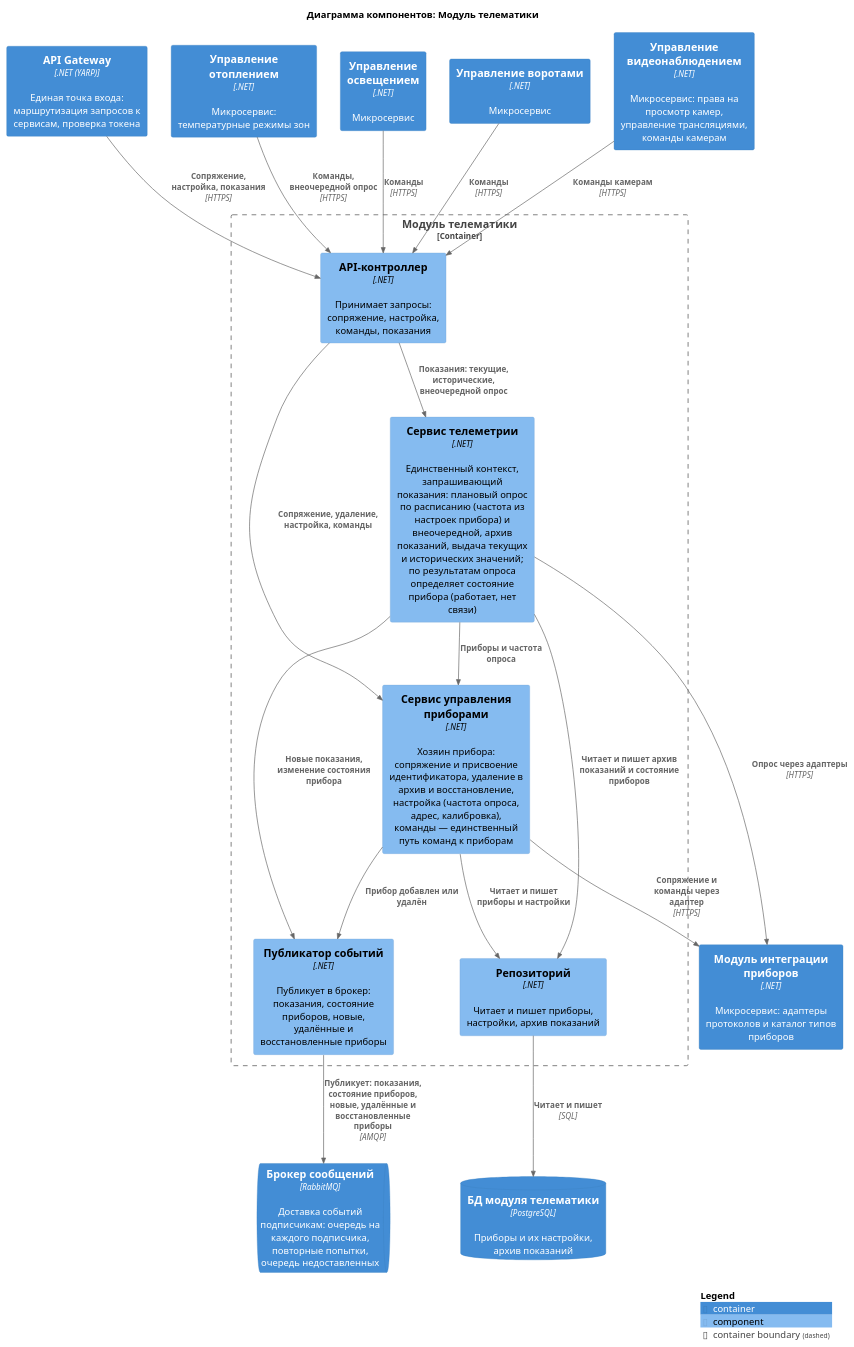
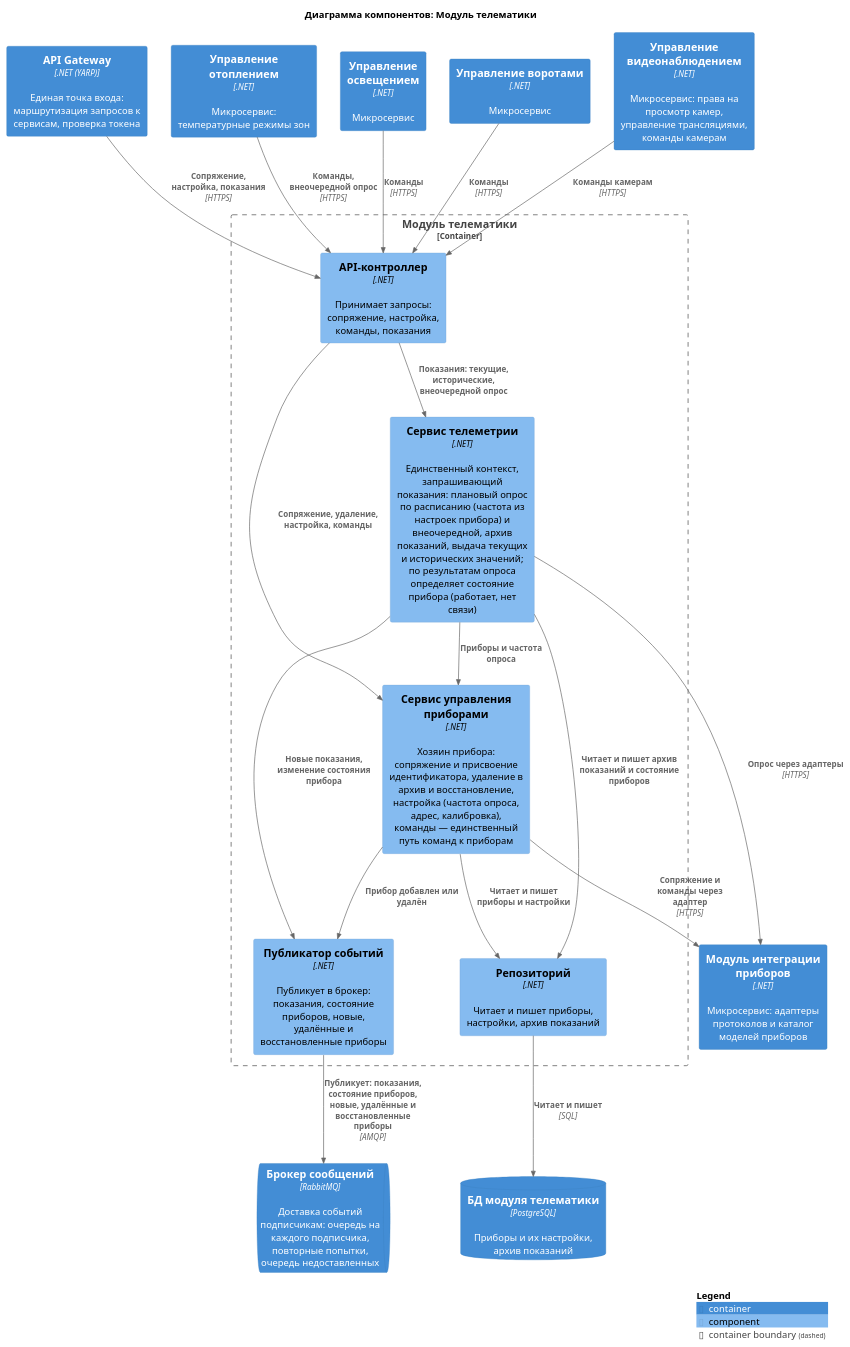
The diagram in diagrams/components/telematics.puml (Lyamin-av/architecture-warmhouse), drawn with PlantUML before and after one commit. The commit also changed 25 other files, not shown here.

First line of the commit message:
Переименование: «Тип прибора» → «Модель прибора» (каталог, ER, API); «контексты своего типа» → «своей категории»

```diff
--- a/diagrams/components/telematics.puml
+++ b/diagrams/components/telematics.puml
@@ -1,45 +1,45 @@
 @startuml telematics
 !include <C4/C4_Component>
 
 title Диаграмма компонентов: Модуль телематики
 
 Container(Gateway, "API Gateway", ".NET (YARP)", "Единая точка входа: маршрутизация запросов к сервисам, проверка токена")
 Container(Heating, "Управление отоплением", ".NET", "Микросервис: температурные режимы зон")
 Container(Lighting, "Управление освещением", ".NET", "Микросервис")
 Container(GateControl, "Управление воротами", ".NET", "Микросервис")
 Container(VideoControl, "Управление видеонаблюдением", ".NET", "Микросервис: права на просмотр камер, управление трансляциями, команды камерам")
-Container(DeviceIntegration, "Модуль интеграции приборов", ".NET", "Микросервис: адаптеры протоколов и каталог типов приборов")
+Container(DeviceIntegration, "Модуль интеграции приборов", ".NET", "Микросервис: адаптеры протоколов и каталог моделей приборов")
 ContainerQueue(Broker, "Брокер сообщений", "RabbitMQ", "Доставка событий подписчикам: очередь на каждого подписчика, повторные попытки, очередь недоставленных")
 ContainerDb(dbTelematics, "БД модуля телематики", "PostgreSQL", "Приборы и их настройки, архив показаний")
 
 Container_Boundary(Telematics, "Модуль телематики") {
     Component(api, "API-контроллер", ".NET", "Принимает запросы: сопряжение, настройка, команды, показания")
     Component(devices, "Сервис управления приборами", ".NET", "Хозяин прибора: сопряжение и присвоение идентификатора, удаление в архив и восстановление, настройка (частота опроса, адрес, калибровка), команды — единственный путь команд к приборам")
     Component(telemetry, "Сервис телеметрии", ".NET", "Единственный контекст, запрашивающий показания: плановый опрос по расписанию (частота из настроек прибора) и внеочередной, архив показаний, выдача текущих и исторических значений; по результатам опроса определяет состояние прибора (работает, нет связи)")
     Component(publisher, "Публикатор событий", ".NET", "Публикует в брокер: показания, состояние приборов, новые, удалённые и восстановленные приборы")
     Component(repo, "Репозиторий", ".NET", "Читает и пишет приборы, настройки, архив показаний")
 }
 
 Rel(Gateway, api, "Сопряжение, настройка, показания", "HTTPS")
 Rel(Heating, api, "Команды, внеочередной опрос", "HTTPS")
 Rel(Lighting, api, "Команды", "HTTPS")
 Rel(GateControl, api, "Команды", "HTTPS")
 Rel(VideoControl, api, "Команды камерам", "HTTPS")
 
 Rel(api, devices, "Сопряжение, удаление, настройка, команды")
 Rel(api, telemetry, "Показания: текущие, исторические, внеочередной опрос")
 
 Rel(telemetry, devices, "Приборы и частота опроса")
 Rel(telemetry, DeviceIntegration, "Опрос через адаптеры", "HTTPS")
 Rel(devices, DeviceIntegration, "Сопряжение и команды через адаптер", "HTTPS")
 
 Rel(telemetry, publisher, "Новые показания, изменение состояния прибора")
 Rel(devices, publisher, "Прибор добавлен или удалён")
 Rel(publisher, Broker, "Публикует: показания, состояние приборов, новые, удалённые и восстановленные приборы", "AMQP")
 
 Rel(devices, repo, "Читает и пишет приборы и настройки")
 Rel(telemetry, repo, "Читает и пишет архив показаний и состояние приборов")
 Rel(repo, dbTelematics, "Читает и пишет", "SQL")
 
 SHOW_LEGEND()
 @enduml
```
